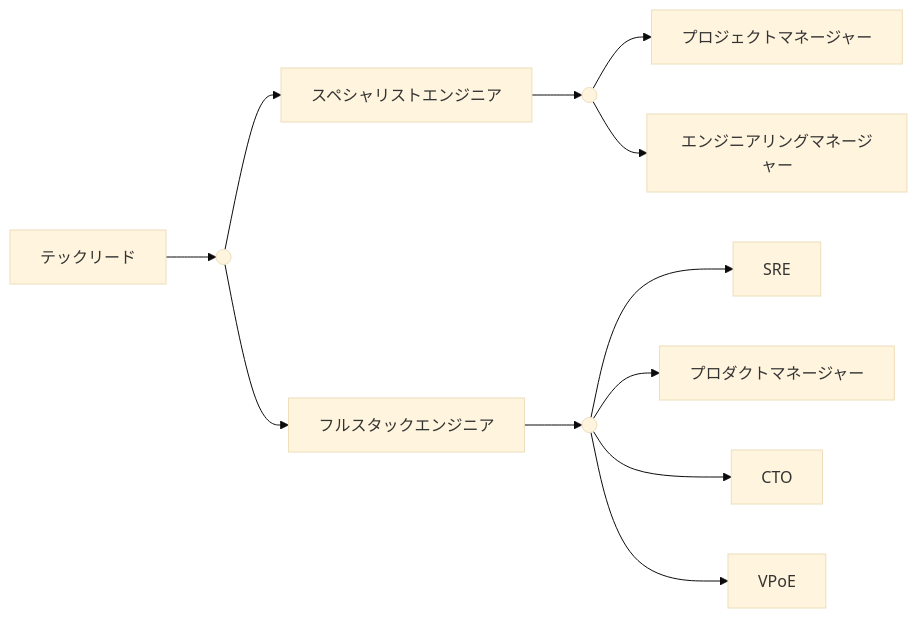
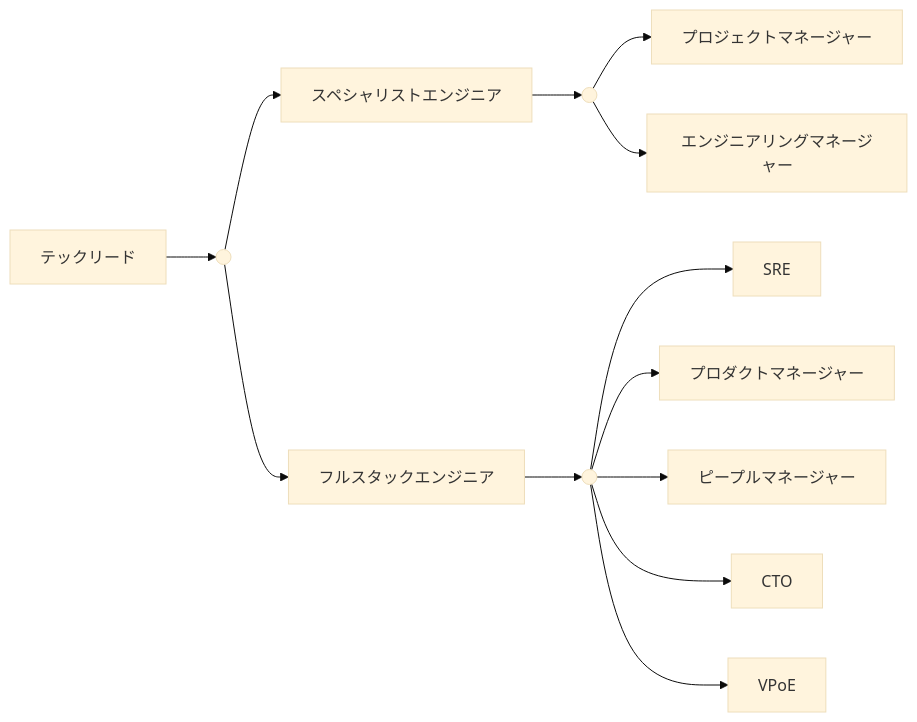
Before and after one commit to hiroki-it/tech-notebook: the diagram in docs/software_development_methodology/software_development_organization.md, drawn with Mermaid (base theme). The commit also changed other lines of this file and 1 other file, not shown here.

````diff
--- a/docs/software_development_methodology/software_development_organization.md
+++ b/docs/software_development_methodology/software_development_organization.md
@@ -87,18 +87,19 @@
 ```mermaid
 flowchart LR
 
   テックリード --> テックリードの基点(( ))
 
   テックリードの基点 --> スペシャリストエンジニア
   テックリードの基点 --> フルスタックエンジニア
 
   スペシャリストエンジニア --> スペシャリストエンジニアの基点(( ))
   スペシャリストエンジニアの基点 --> プロジェクトマネージャー
   スペシャリストエンジニアの基点 --> エンジニアリングマネージャー
 
   フルスタックエンジニア --> フルスタックエンジニアの基点(( ))
   フルスタックエンジニアの基点 --> SRE
   フルスタックエンジニアの基点 --> プロダクトマネージャー
+  フルスタックエンジニアの基点 --> ピープルマネージャー
   フルスタックエンジニアの基点 --> CTO
   フルスタックエンジニアの基点 --> VPoE
 ```
````
